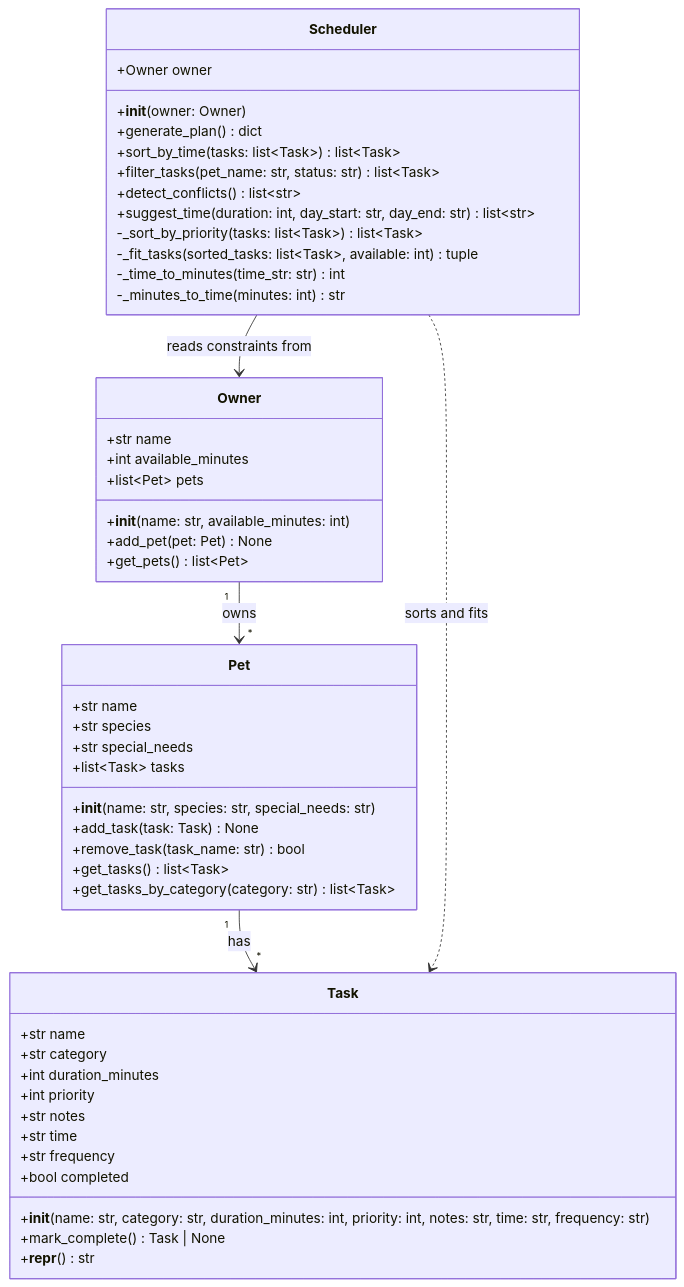
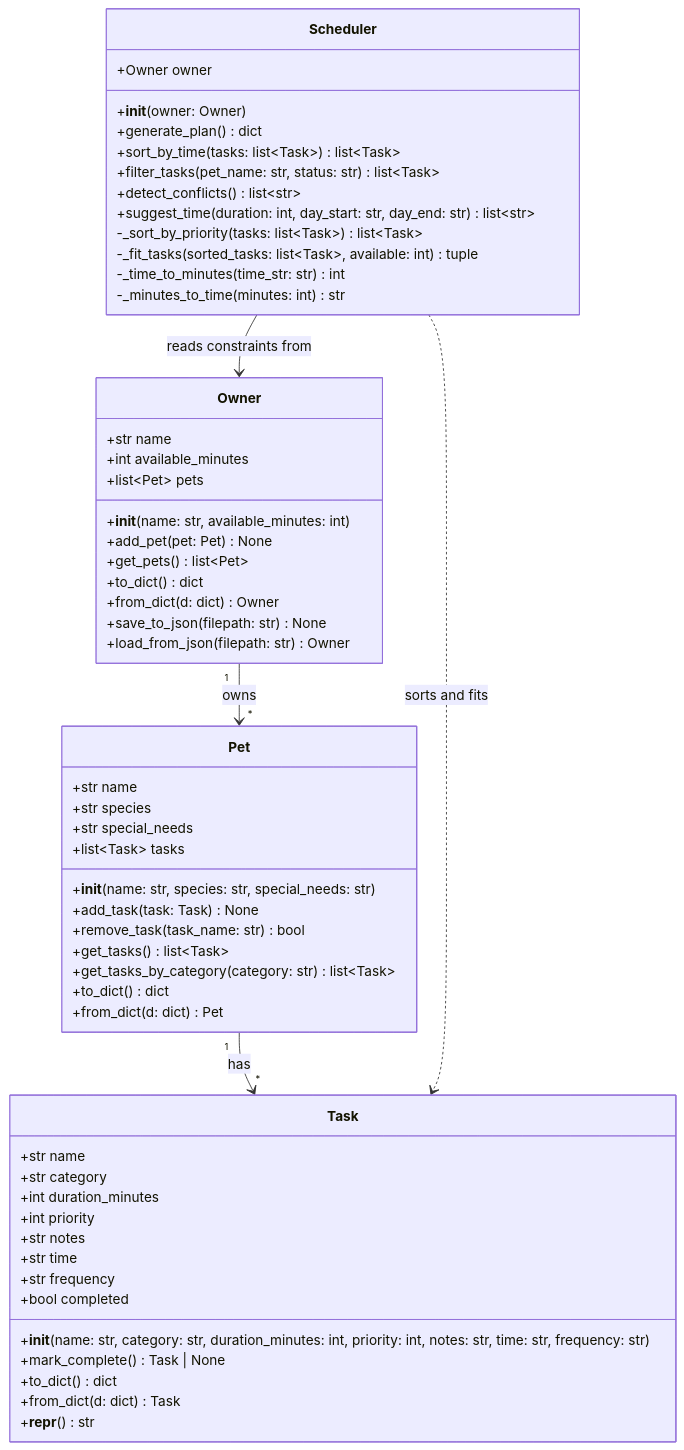
One commit to ethanncyb/ai110-module2show-pawpal-starter changed the diagram in pawpal_class_diagram.md. Above: the diagram before and after it, drawn with Mermaid. The commit also changed 4 other files, not shown here.

First line of the commit message:
Add JSON persistence for Owner/Pet/Task

````diff
--- a/pawpal_class_diagram.md
+++ b/pawpal_class_diagram.md
@@ -3,56 +3,64 @@
 ```mermaid
 classDiagram
     class Owner {
         +str name
         +int available_minutes
         +list~Pet~ pets
         +__init__(name: str, available_minutes: int)
         +add_pet(pet: Pet) None
         +get_pets() list~Pet~
+        +to_dict() dict
+        +from_dict(d: dict) Owner
+        +save_to_json(filepath: str) None
+        +load_from_json(filepath: str) Owner
     }
 
     class Pet {
         +str name
         +str species
         +str special_needs
         +list~Task~ tasks
         +__init__(name: str, species: str, special_needs: str)
         +add_task(task: Task) None
         +remove_task(task_name: str) bool
         +get_tasks() list~Task~
         +get_tasks_by_category(category: str) list~Task~
+        +to_dict() dict
+        +from_dict(d: dict) Pet
     }
 
     class Task {
         +str name
         +str category
         +int duration_minutes
         +int priority
         +str notes
         +str time
         +str frequency
         +bool completed
         +__init__(name: str, category: str, duration_minutes: int, priority: int, notes: str, time: str, frequency: str)
         +mark_complete() Task | None
+        +to_dict() dict
+        +from_dict(d: dict) Task
         +__repr__() str
     }
 
     class Scheduler {
         +Owner owner
         +__init__(owner: Owner)
         +generate_plan() dict
         +sort_by_time(tasks: list~Task~) list~Task~
         +filter_tasks(pet_name: str, status: str) list~Task~
         +detect_conflicts() list~str~
         +suggest_time(duration: int, day_start: str, day_end: str) list~str~
         -_sort_by_priority(tasks: list~Task~) list~Task~
         -_fit_tasks(sorted_tasks: list~Task~, available: int) tuple
         -_time_to_minutes(time_str: str) int
         -_minutes_to_time(minutes: int) str
     }
 
     Owner "1" --> "*" Pet : owns
     Pet "1" --> "*" Task : has
     Scheduler --> Owner : reads constraints from
     Scheduler ..> Task : sorts and fits
 ```
````
